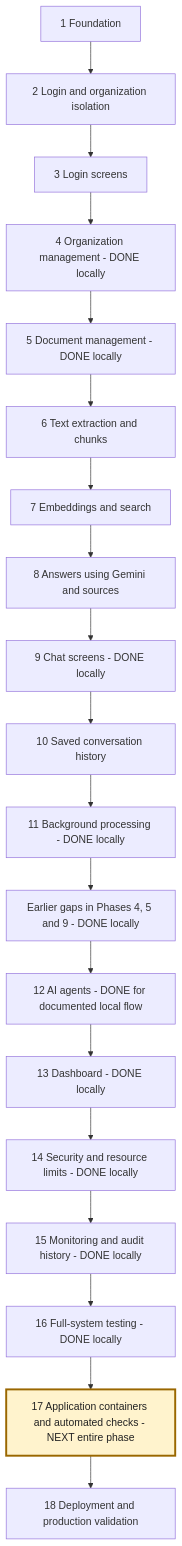
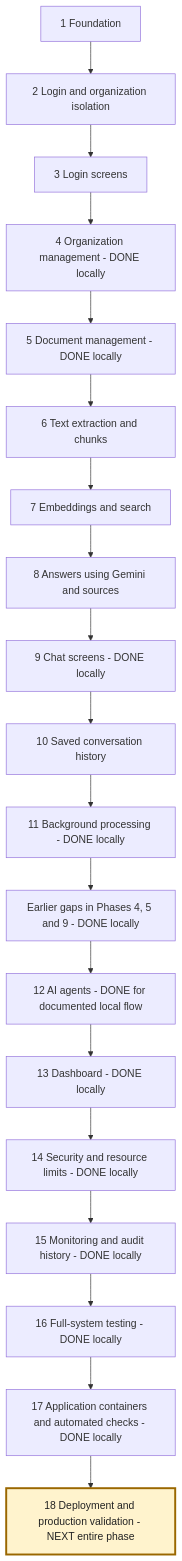
One commit to msdian0007/nexaAi changed the second of 7 diagrams in NEXAAI_ROADMAP.md. Above: the diagram before and after it, drawn with Mermaid. The commit also changed other lines of this file and 2 other files, not shown here.

Commit message:
docs(phase-17 step-17.5): document migration deployment and rollback

````diff
--- a/NEXAAI_ROADMAP.md
+++ b/NEXAAI_ROADMAP.md
@@ -224,22 +232,22 @@
 ```mermaid
 flowchart TD
     A[1 Foundation] --> B[2 Login and organization isolation]
     B --> C[3 Login screens]
     C --> D[4 Organization management - DONE locally]
     D --> E[5 Document management - DONE locally]
     E --> F[6 Text extraction and chunks]
     F --> G[7 Embeddings and search]
     G --> H[8 Answers using Gemini and sources]
     H --> I[9 Chat screens - DONE locally]
     I --> J[10 Saved conversation history]
     J --> K[11 Background processing - DONE locally]
     K --> L[Earlier gaps in Phases 4, 5 and 9 - DONE locally]
     L --> M[12 AI agents - DONE for documented local flow]
     M --> N[13 Dashboard - DONE locally]
     N --> O[14 Security and resource limits - DONE locally]
     O --> P[15 Monitoring and audit history - DONE locally]
     P --> Q[16 Full-system testing - DONE locally]
-    Q --> R[17 Application containers and automated checks - NEXT entire phase]
-    R --> S[18 Deployment and production validation]
-    style R fill:#fff3cd,stroke:#9a6700,stroke-width:3px,color:#222
+    Q --> R[17 Application containers and automated checks - DONE locally]
+    R --> S[18 Deployment and production validation - NEXT entire phase]
+    style S fill:#fff3cd,stroke:#9a6700,stroke-width:3px,color:#222
 ```
````
